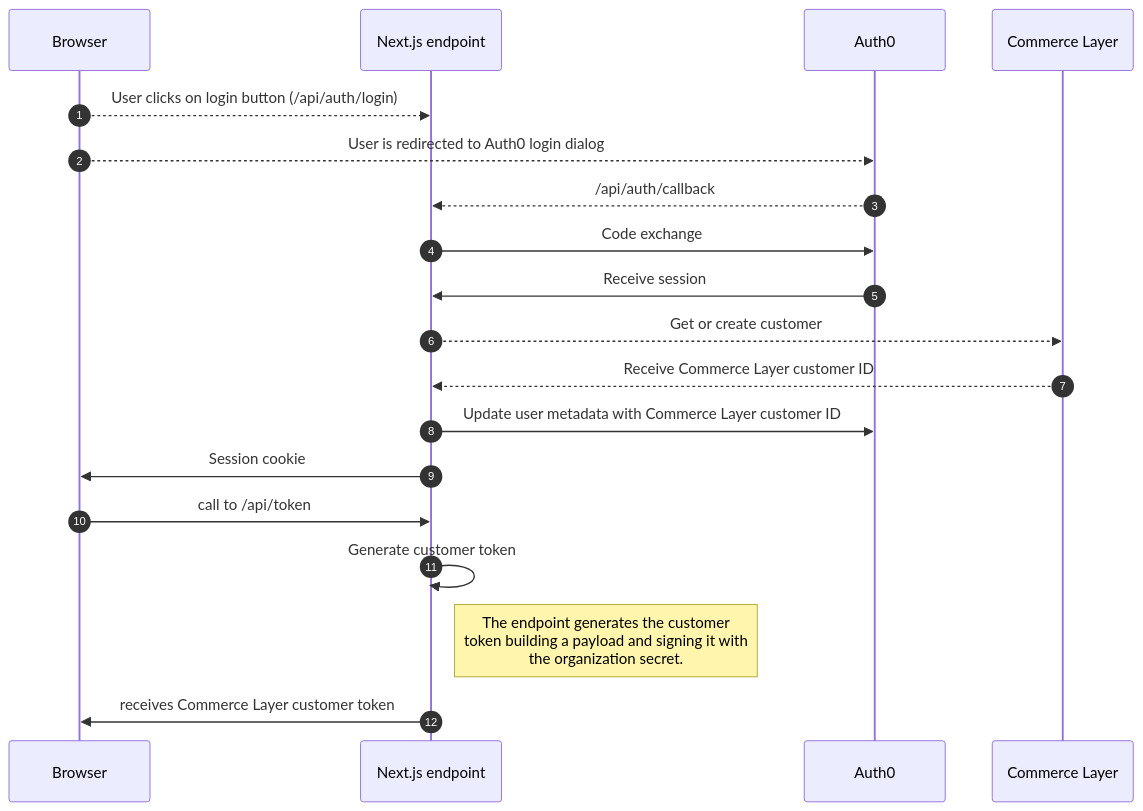
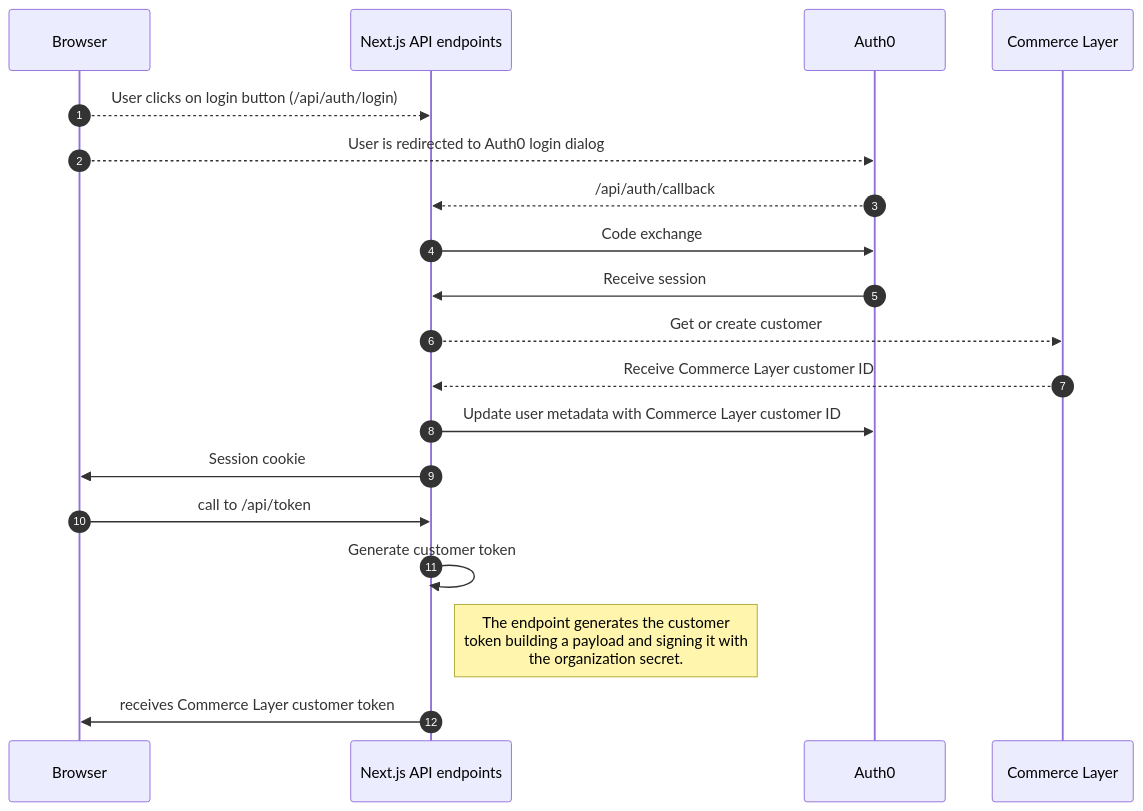
One commit to commercelayer/sample-nextjs-auth0-sso changed the diagram in README.md. Above: the diagram before and after it, drawn with Mermaid.

Commit message:
docs: change name of actor

````diff
--- a/README.md
+++ b/README.md
@@ -16,17 +16,17 @@
 ```mermaid
 sequenceDiagram
     autonumber
-    Browser-->>Next.js endpoint: User clicks on login button (/api/auth/login)
+    Browser-->>Next.js API endpoints: User clicks on login button (/api/auth/login)
     Browser-->>Auth0: User is redirected to Auth0 login dialog
-    Auth0-->>Next.js endpoint: /api/auth/callback
-    Next.js endpoint->>Auth0: Code exchange
-    Auth0->>Next.js endpoint: Receive session
-    Next.js endpoint-->>Commerce Layer: Get or create customer
-    Commerce Layer-->>Next.js endpoint: Receive Commerce Layer customer ID
-    Next.js endpoint->>Auth0: Update user metadata with Commerce Layer customer ID
-    Next.js endpoint->>Browser: Session cookie
-    Browser->>Next.js endpoint: call to /api/token
-    Next.js endpoint->>Next.js endpoint: Generate customer token
-    Note right of Next.js endpoint: The endpoint generates the customer <br>token building a payload and signing it with<br>the organization secret.
-    Next.js endpoint->>Browser: receives Commerce Layer customer token
+    Auth0-->>Next.js API endpoints: /api/auth/callback
+    Next.js API endpoints->>Auth0: Code exchange
+    Auth0->>Next.js API endpoints: Receive session
+    Next.js API endpoints-->>Commerce Layer: Get or create customer
+    Commerce Layer-->>Next.js API endpoints: Receive Commerce Layer customer ID
+    Next.js API endpoints->>Auth0: Update user metadata with Commerce Layer customer ID
+    Next.js API endpoints->>Browser: Session cookie
+    Browser->>Next.js API endpoints: call to /api/token
+    Next.js API endpoints->>Next.js API endpoints: Generate customer token
+    Note right of Next.js API endpoints: The endpoint generates the customer <br>token building a payload and signing it with<br>the organization secret.
+    Next.js API endpoints->>Browser: receives Commerce Layer customer token
 ```
````
